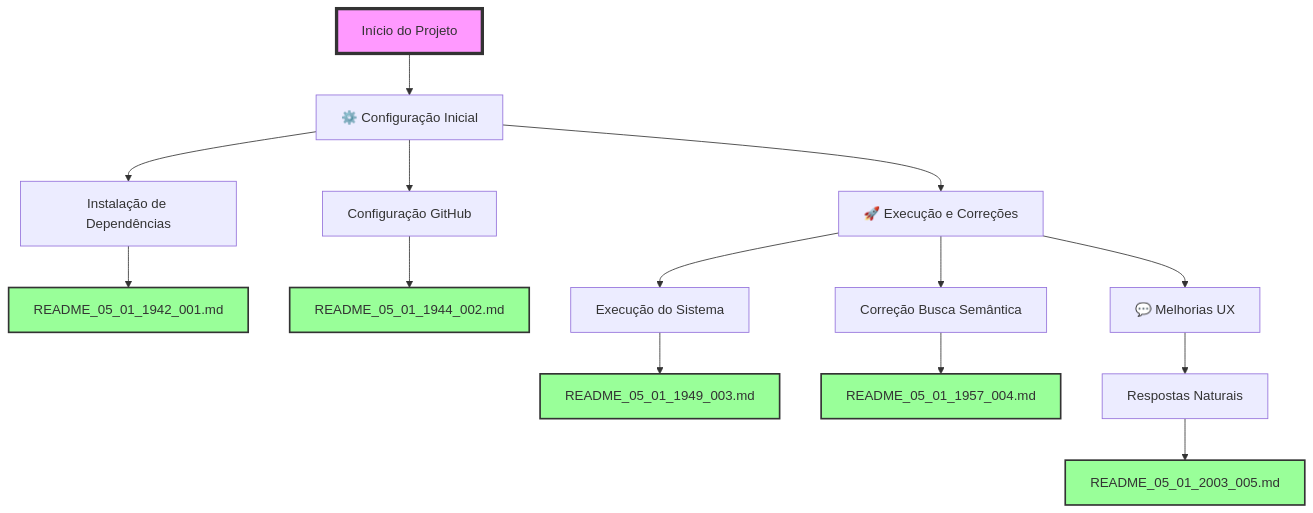
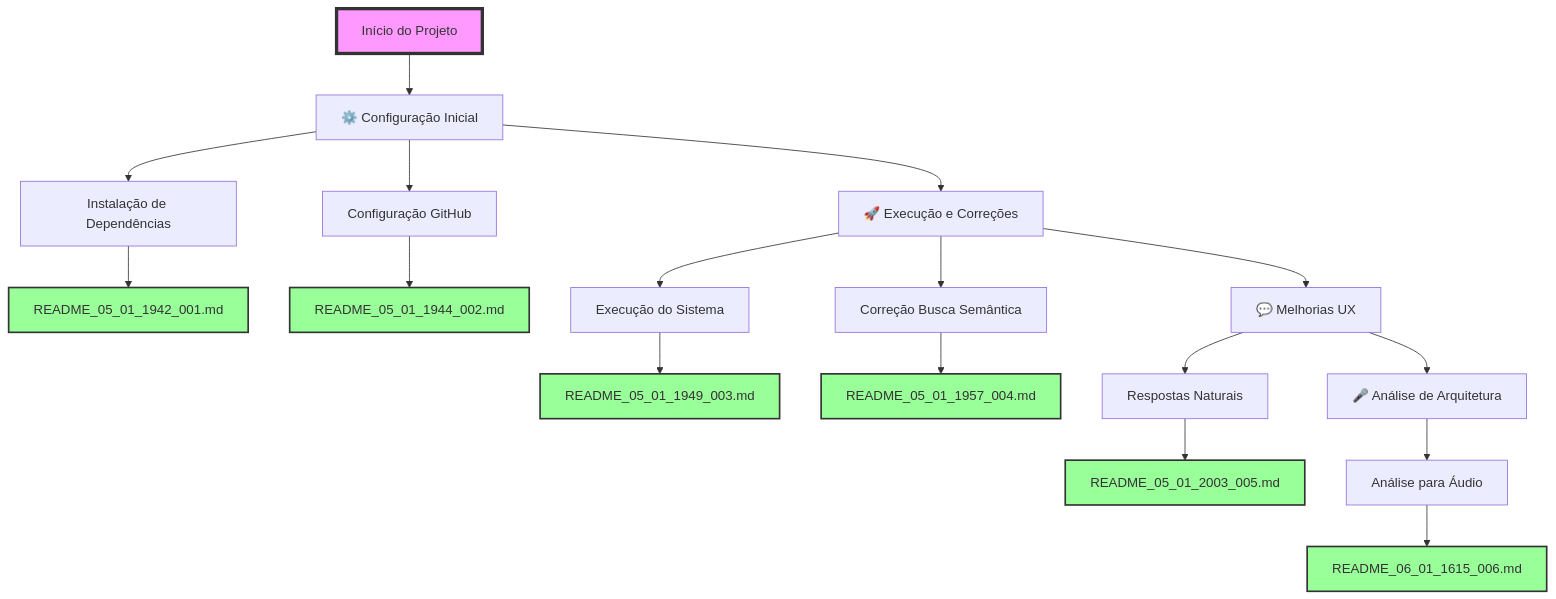
One commit to estival9999/auralis changed the diagram in FLUXOGRAMA.md. Above: the diagram before and after it, drawn with Mermaid. The commit also changed other lines of this file and 1 other file, not shown here.

First line of the commit message:
[DOCS] Análise detalhada da arquitetura para implementação de áudio

````diff
--- a/FLUXOGRAMA.md
+++ b/FLUXOGRAMA.md
@@ -13,25 +13,30 @@
 ```mermaid
 flowchart TD
     A[Início do Projeto] --> A1[⚙️ Configuração Inicial]
     A1 --> A1_1[Instalação de Dependências]
     A1_1 --> README1[README_05_01_1942_001.md]
     A1 --> A1_2[Configuração GitHub]
     A1_2 --> README2[README_05_01_1944_002.md]
     
     A1 --> A2[🚀 Execução e Correções]
     A2 --> A2_1[Execução do Sistema]
     A2_1 --> README3[README_05_01_1949_003.md]
     A2 --> A2_2[Correção Busca Semântica]
     A2_2 --> README4[README_05_01_1957_004.md]
     
     A2 --> A3[💬 Melhorias UX]
     A3 --> A3_1[Respostas Naturais]
     A3_1 --> README5[README_05_01_2003_005.md]
     
+    A3 --> A4[🎤 Análise de Arquitetura]
+    A4 --> A4_1[Análise para Áudio]
+    A4_1 --> README6[README_06_01_1615_006.md]
+    
     style A fill:#f9f,stroke:#333,stroke-width:4px
     style README1 fill:#9f9,stroke:#333,stroke-width:2px
     style README2 fill:#9f9,stroke:#333,stroke-width:2px
     style README3 fill:#9f9,stroke:#333,stroke-width:2px
     style README4 fill:#9f9,stroke:#333,stroke-width:2px
     style README5 fill:#9f9,stroke:#333,stroke-width:2px
+    style README6 fill:#9f9,stroke:#333,stroke-width:2px
 ```
````
